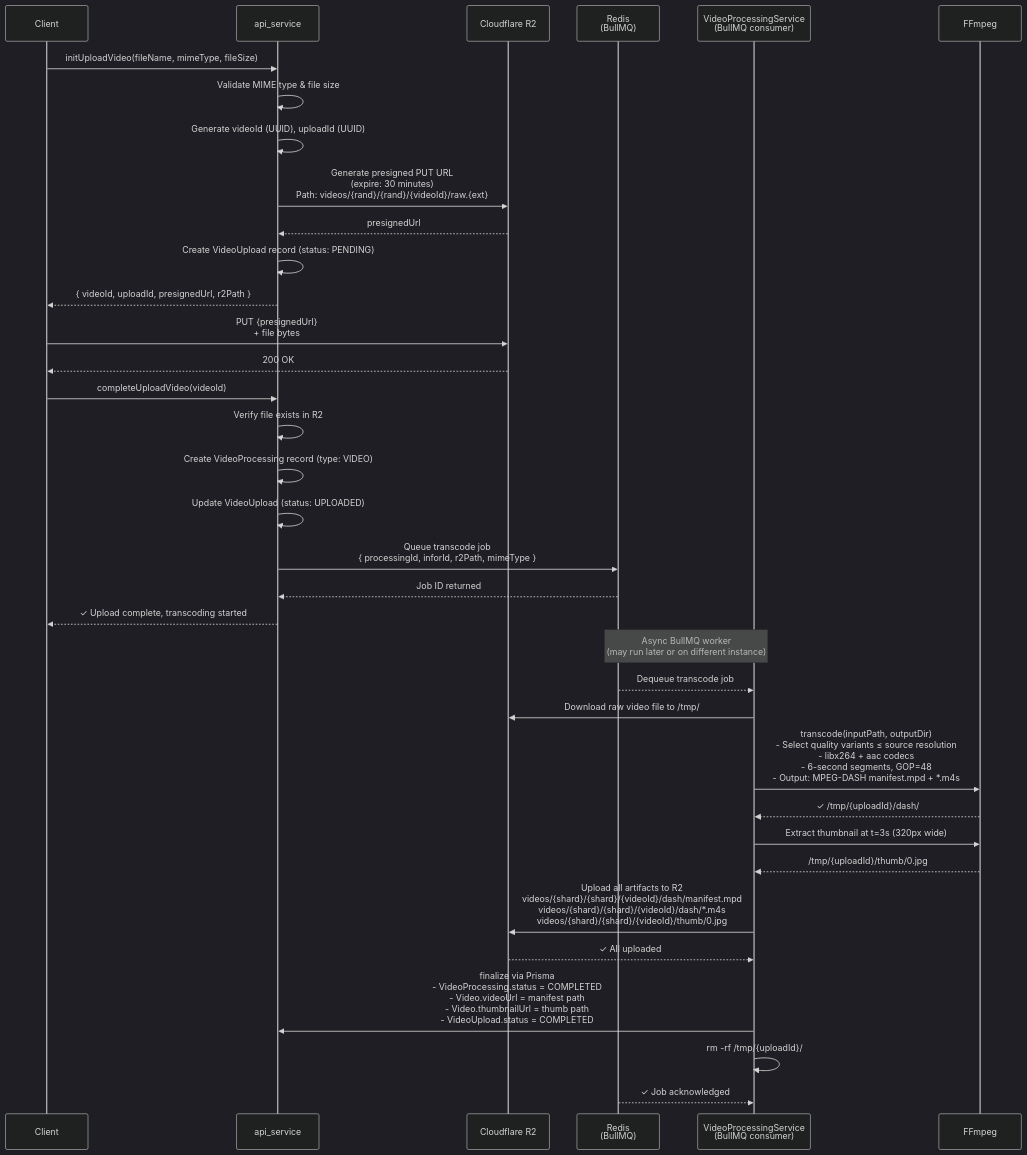
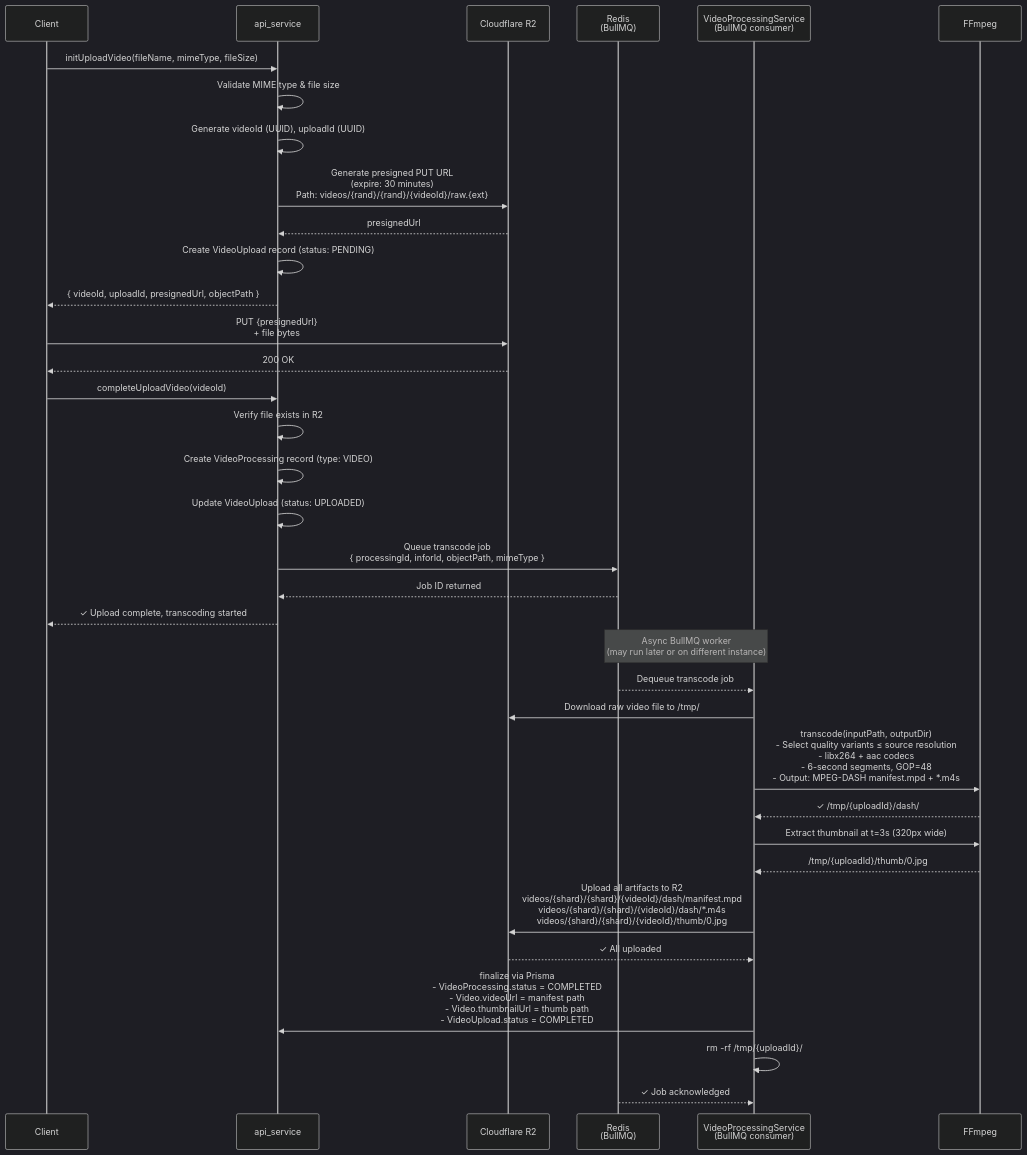
The third of 8 diagrams in docs/process_docs.md (khiem918/VideoPlatformServer), drawn with Mermaid (dark theme) before and after one commit. The commit also changed 39 other files, not shown here.

First line of the commit message:
feat: Refactor video processing and storage handling

````diff
--- a/docs/process_docs.md
+++ b/docs/process_docs.md
@@ -132,51 +132,51 @@
 ```mermaid
 sequenceDiagram
     participant Client as Client
     participant API as api_service
     participant S3 as Cloudflare R2
     participant BullMQ as Redis<br/>(BullMQ)
     participant Worker as VideoProcessingService<br/>(BullMQ consumer)
     participant FFmpeg as FFmpeg
     
     Client->>API: initUploadVideo(fileName, mimeType, fileSize)
     API->>API: Validate MIME type & file size
     API->>API: Generate videoId (UUID), uploadId (UUID)
     
     API->>S3: Generate presigned PUT URL<br/>(expire: 30 minutes)<br/>Path: videos/{rand}/{rand}/{videoId}/raw.{ext}
     S3-->>API: presignedUrl
     
     API->>API: Create VideoUpload record (status: PENDING)
-    API-->>Client: { videoId, uploadId, presignedUrl, r2Path }
+    API-->>Client: { videoId, uploadId, presignedUrl, objectPath }
     
     Client->>S3: PUT {presignedUrl}<br/>+ file bytes
     S3-->>Client: 200 OK
     
     Client->>API: completeUploadVideo(videoId)
     API->>API: Verify file exists in R2
     
     API->>API: Create VideoProcessing record (type: VIDEO)
     API->>API: Update VideoUpload (status: UPLOADED)
     
-    API->>BullMQ: Queue transcode job<br/>{ processingId, inforId, r2Path, mimeType }
+    API->>BullMQ: Queue transcode job<br/>{ processingId, inforId, objectPath, mimeType }
     BullMQ-->>API: Job ID returned
     API-->>Client: ✓ Upload complete, transcoding started
     
     Note over BullMQ,Worker: Async BullMQ worker<br/>(may run later or on different instance)
     
     BullMQ-->>Worker: Dequeue transcode job
     Worker->>S3: Download raw video file to /tmp/
     
     Worker->>FFmpeg: transcode(inputPath, outputDir)<br/>- Select quality variants ≤ source resolution<br/>- libx264 + aac codecs<br/>- 6-second segments, GOP=48<br/>- Output: MPEG-DASH manifest.mpd + *.m4s
     FFmpeg-->>Worker: ✓ /tmp/{uploadId}/dash/
     
     Worker->>FFmpeg: Extract thumbnail at t=3s (320px wide)
     FFmpeg-->>Worker: /tmp/{uploadId}/thumb/0.jpg
     
     Worker->>S3: Upload all artifacts to R2<br/>videos/{shard}/{shard}/{videoId}/dash/manifest.mpd<br/>videos/{shard}/{shard}/{videoId}/dash/*.m4s<br/>videos/{shard}/{shard}/{videoId}/thumb/0.jpg
     S3-->>Worker: ✓ All uploaded
     
     Worker->>API: finalize via Prisma<br/>- VideoProcessing.status = COMPLETED<br/>- Video.videoUrl = manifest path<br/>- Video.thumbnailUrl = thumb path<br/>- VideoUpload.status = COMPLETED
     
     Worker->>Worker: rm -rf /tmp/{uploadId}/
     BullMQ-->>Worker: ✓ Job acknowledged
 ```
````
